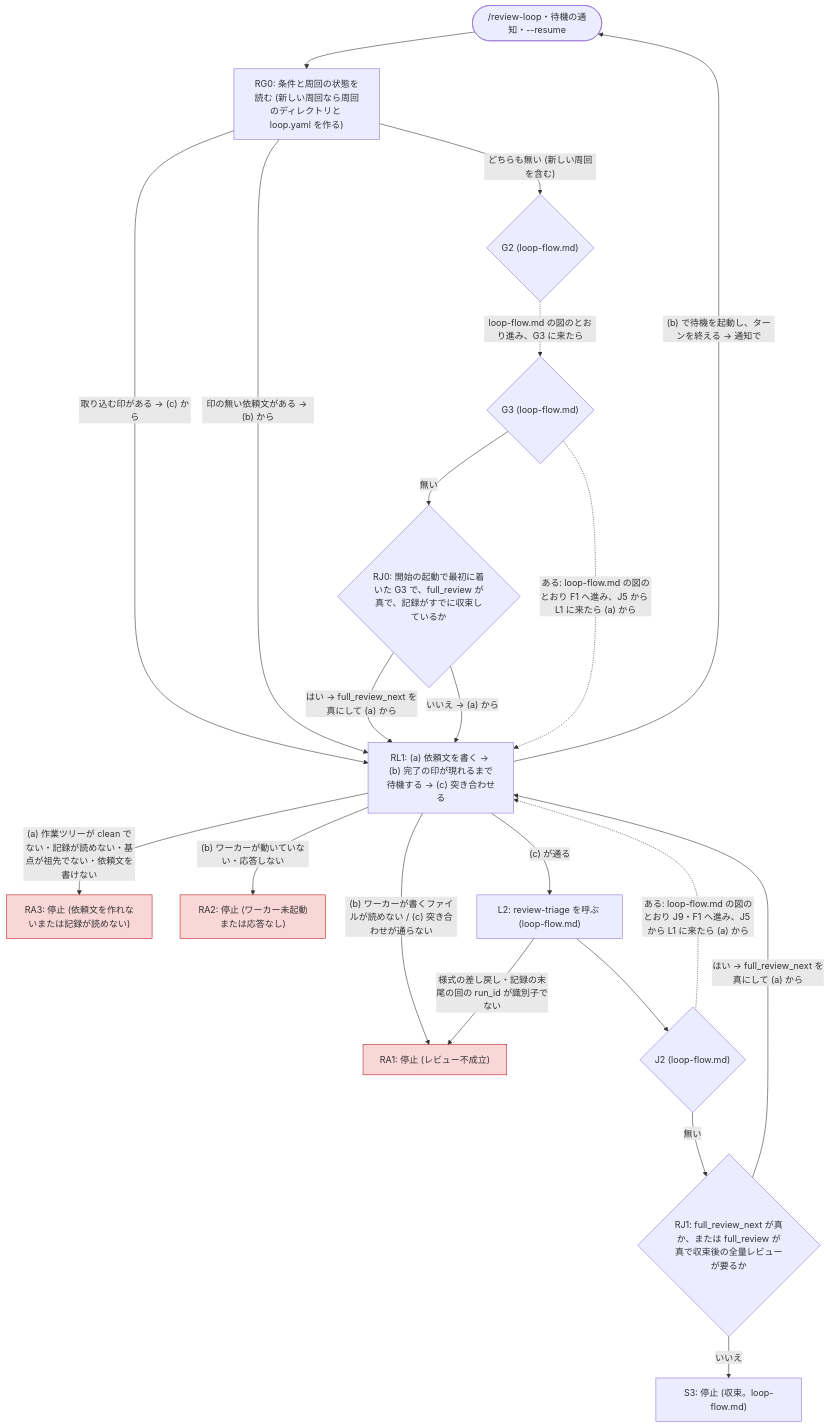
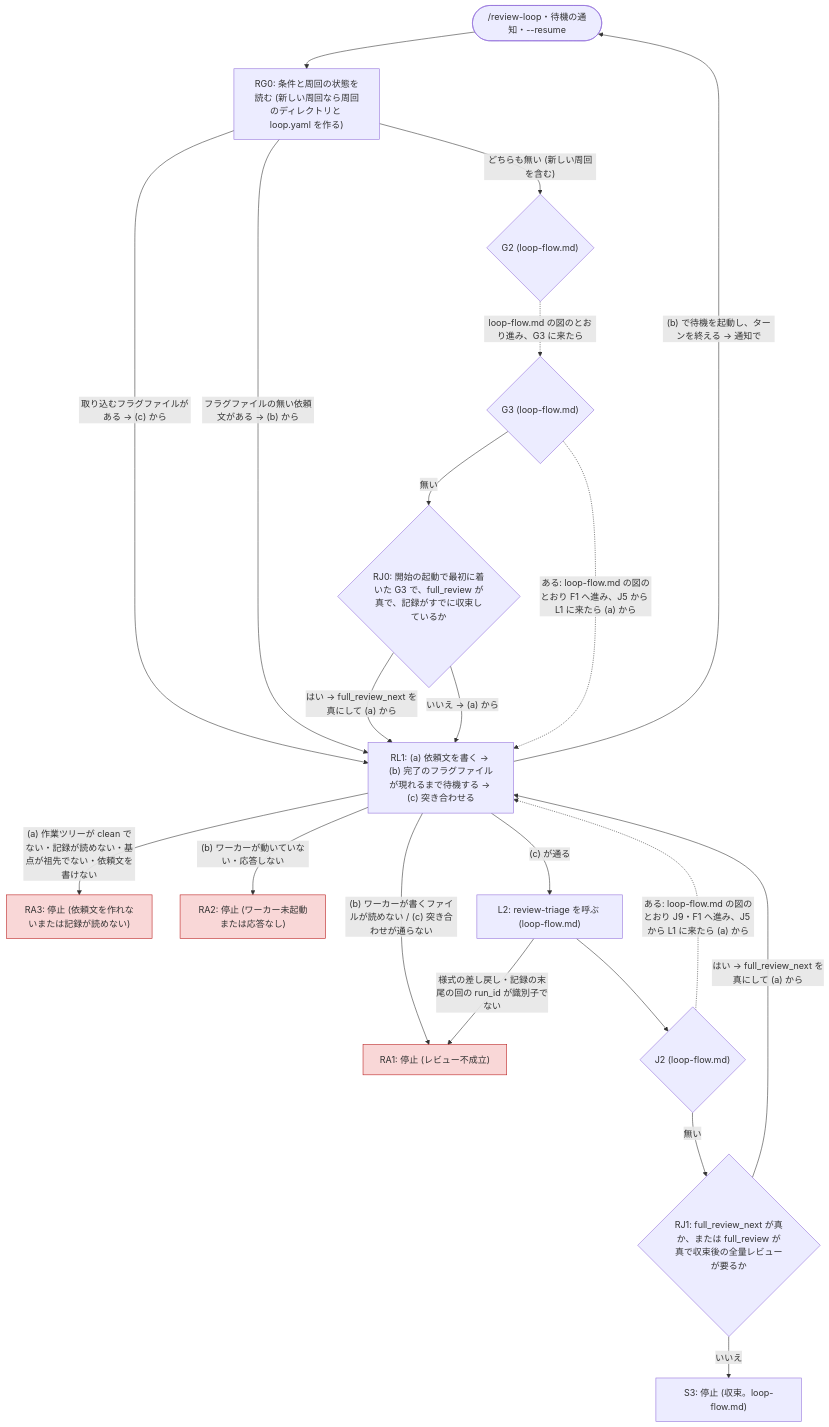
The diagram in review-triage/skills/review-loop/references/stops.md (akm/claude-plugins), drawn with Mermaid before and after one commit. The commit also changed other lines of this file and 15 other files, not shown here.

````diff
--- a/review-triage/skills/review-loop/references/stops.md
+++ b/review-triage/skills/review-loop/references/stops.md
@@ -12,41 +12,41 @@
 ```mermaid
 flowchart TD
   IN(["/review-loop・待機の通知・--resume"])
   RG0["RG0: 条件と周回の状態を読む (新しい周回なら周回のディレクトリと loop.yaml を作る)"]
-  RL1["RL1: (a) 依頼文を書く → (b) 完了の印が現れるまで待機する → (c) 突き合わせる"]
+  RL1["RL1: (a) 依頼文を書く → (b) 完了のフラグファイルが現れるまで待機する → (c) 突き合わせる"]
   G2{"G2 (loop-flow.md)"}
   G3{"G3 (loop-flow.md)"}
   RJ0{"RJ0: 開始の起動で最初に着いた G3 で、full_review が真で、記録がすでに収束しているか"}
   L2["L2: review-triage を呼ぶ (loop-flow.md)"]
   J2{"J2 (loop-flow.md)"}
   RJ1{"RJ1: full_review_next が真か、または full_review が真で収束後の全量レビューが要るか"}
   S3["S3: 停止 (収束。loop-flow.md)"]
   RA1["RA1: 停止 (レビュー不成立)"]
   RA2["RA2: 停止 (ワーカー未起動または応答なし)"]
   RA3["RA3: 停止 (依頼文を作れないまたは記録が読めない)"]
 
   IN --> RG0
-  RG0 -- "取り込む印がある → (c) から" --> RL1
-  RG0 -- "印の無い依頼文がある → (b) から" --> RL1
+  RG0 -- "取り込むフラグファイルがある → (c) から" --> RL1
+  RG0 -- "フラグファイルの無い依頼文がある → (b) から" --> RL1
   RG0 -- "どちらも無い (新しい周回を含む)" --> G2
   G2 -. "loop-flow.md の図のとおり進み、G3 に来たら" .-> G3
   G3 -- 無い --> RJ0
   G3 -. "ある: loop-flow.md の図のとおり F1 へ進み、J5 から L1 に来たら (a) から" .-> RL1
   RJ0 -- "はい → full_review_next を真にして (a) から" --> RL1
   RJ0 -- "いいえ → (a) から" --> RL1
   RL1 -- "(b) で待機を起動し、ターンを終える → 通知で" --> IN
   RL1 -- "(a) 作業ツリーが clean でない・記録が読めない・基点が祖先でない・依頼文を書けない" --> RA3
   RL1 -- "(b) ワーカーが動いていない・応答しない" --> RA2
   RL1 -- "(b) ワーカーが書くファイルが読めない / (c) 突き合わせが通らない" --> RA1
   RL1 -- "(c) が通る" --> L2
   L2 -- "様式の差し戻し・記録の末尾の回の run_id が識別子でない" --> RA1
   L2 --> J2
   J2 -. "ある: loop-flow.md の図のとおり J9・F1 へ進み、J5 から L1 に来たら (a) から" .-> RL1
   J2 -- 無い --> RJ1
   RJ1 -- "はい → full_review_next を真にして (a) から" --> RL1
   RJ1 -- いいえ --> S3
 
   style RA1 fill:#dc26262e,stroke:#b91c1c
   style RA2 fill:#dc26262e,stroke:#b91c1c
   style RA3 fill:#dc26262e,stroke:#b91c1c
 ```
````
